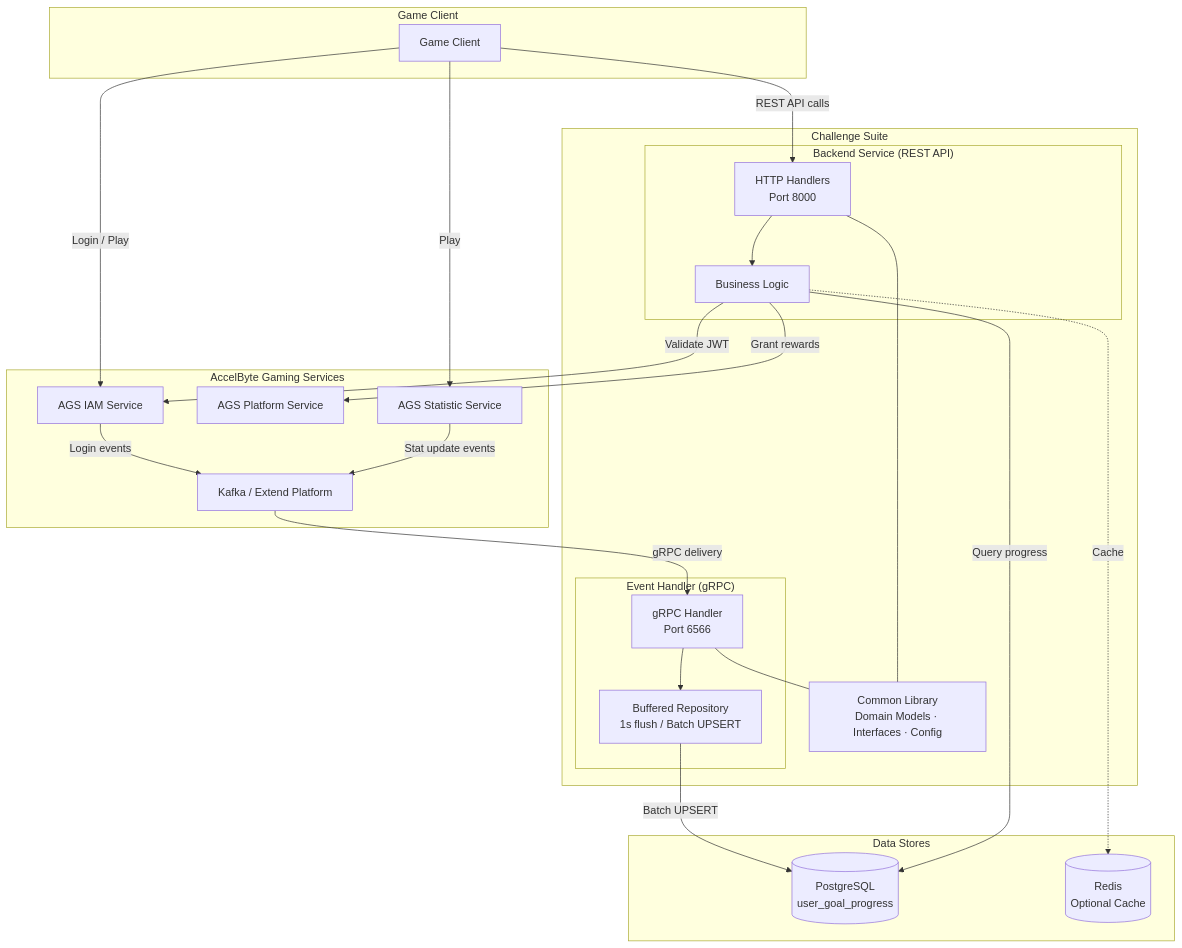
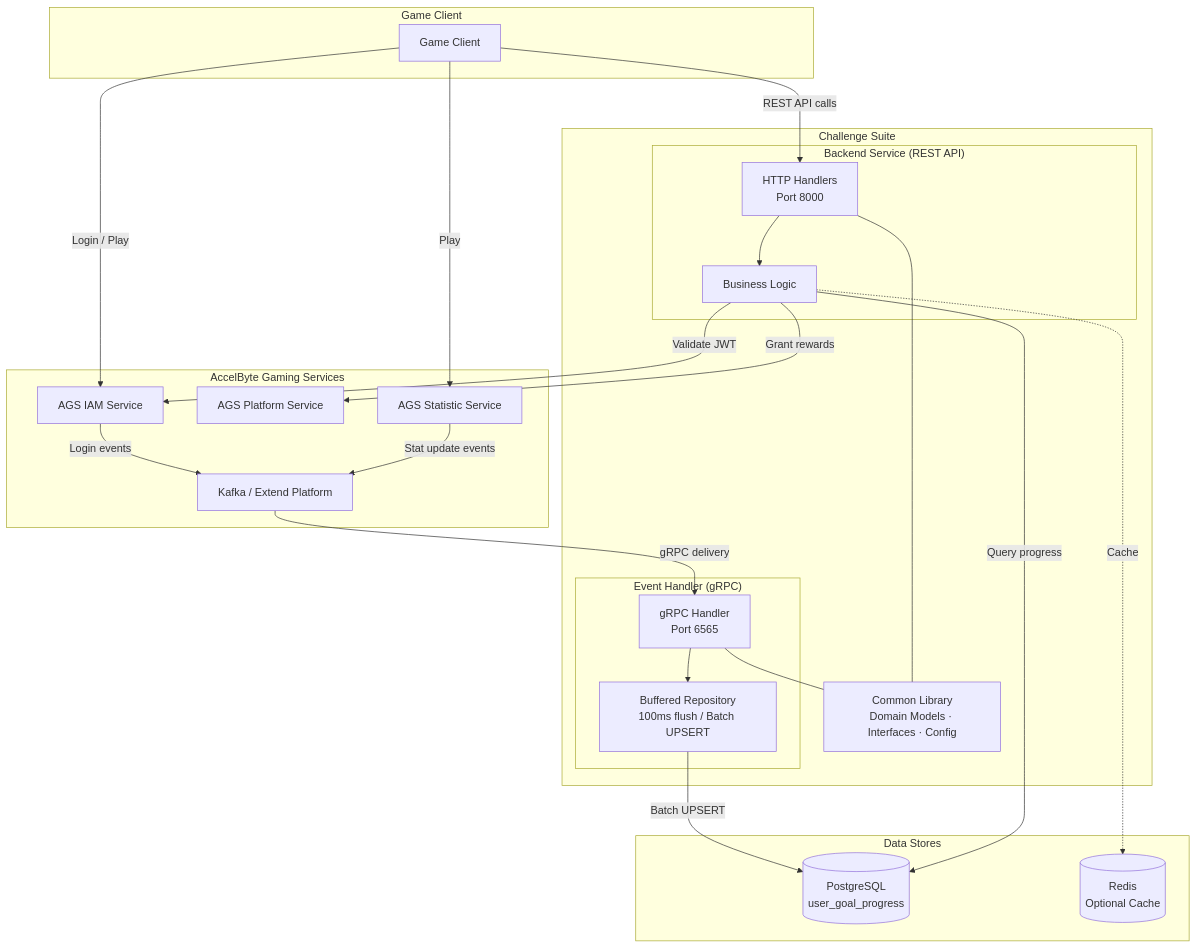
One commit to AccelByte/extend-challenge-suite changed the first of 8 diagrams in docs/VISUAL_FLOWS.md. Above: the diagram before and after it, drawn with Mermaid. The commit also changed other lines of this file, not shown here.

First line of the commit message:
Fix 7 inaccuracies in visual flow diagrams to match implementation

````diff
--- a/docs/VISUAL_FLOWS.md
+++ b/docs/VISUAL_FLOWS.md
@@ -25,52 +25,52 @@
 ```mermaid
 graph TB
     subgraph "Game Client"
         GC[Game Client]
     end
 
     subgraph "AccelByte Gaming Services"
         IAM[AGS IAM Service]
         PLAT[AGS Platform Service]
         STAT[AGS Statistic Service]
         KAFKA[Kafka / Extend Platform]
     end
 
     subgraph "Challenge Suite"
         subgraph "Backend Service (REST API)"
             API[HTTP Handlers<br/>Port 8000]
             SVC[Business Logic]
         end
 
         subgraph "Event Handler (gRPC)"
-            GRPC[gRPC Handler<br/>Port 6566]
-            BUF[Buffered Repository<br/>1s flush / Batch UPSERT]
+            GRPC[gRPC Handler<br/>Port 6565]
+            BUF[Buffered Repository<br/>100ms flush / Batch UPSERT]
         end
 
         COMMON[Common Library<br/>Domain Models · Interfaces · Config]
     end
 
     subgraph "Data Stores"
         PG[(PostgreSQL<br/>user_goal_progress)]
         REDIS[(Redis<br/>Optional Cache)]
     end
 
     GC -->|REST API calls| API
     GC -->|Login / Play| IAM
     GC -->|Play| STAT
 
     IAM -->|Login events| KAFKA
     STAT -->|Stat update events| KAFKA
     KAFKA -->|gRPC delivery| GRPC
 
     GRPC --> BUF
     BUF -->|Batch UPSERT| PG
 
     API --> SVC
     SVC -->|Query progress| PG
     SVC -->|Grant rewards| PLAT
     SVC -->|Validate JWT| IAM
     SVC -.->|Cache| REDIS
 
     API --- COMMON
     GRPC --- COMMON
 ```
````
